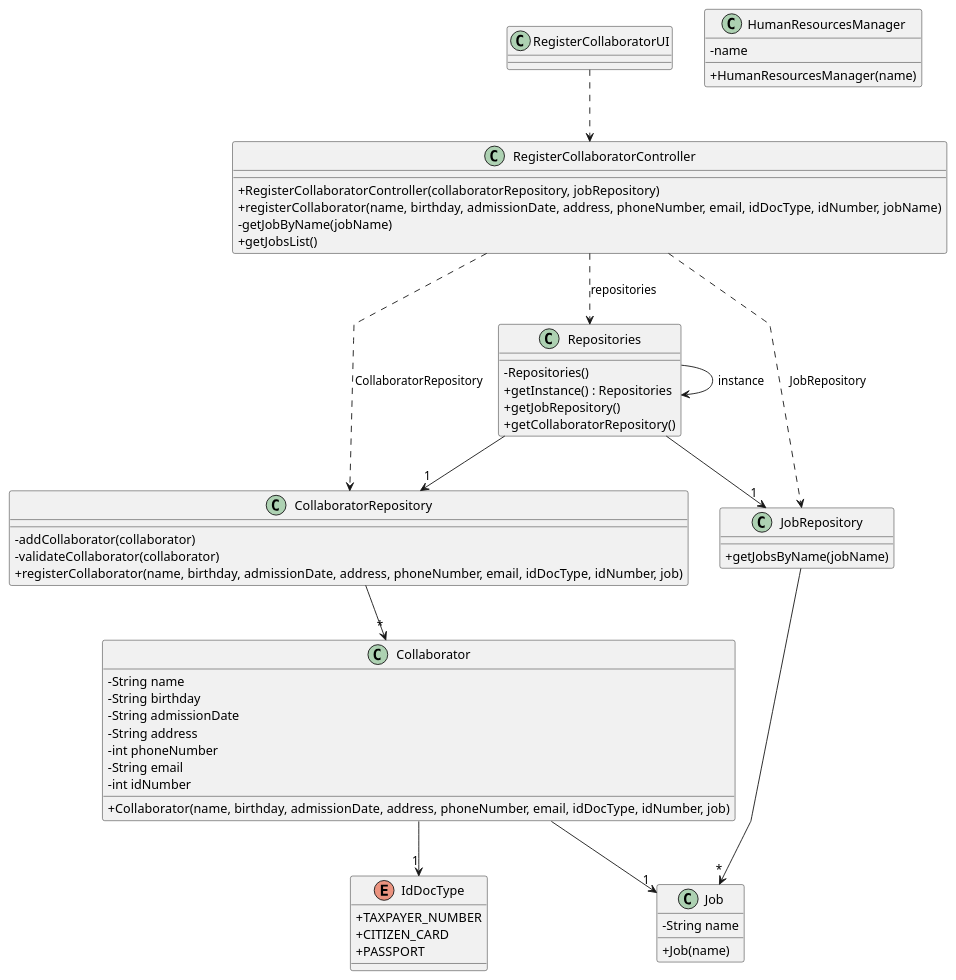
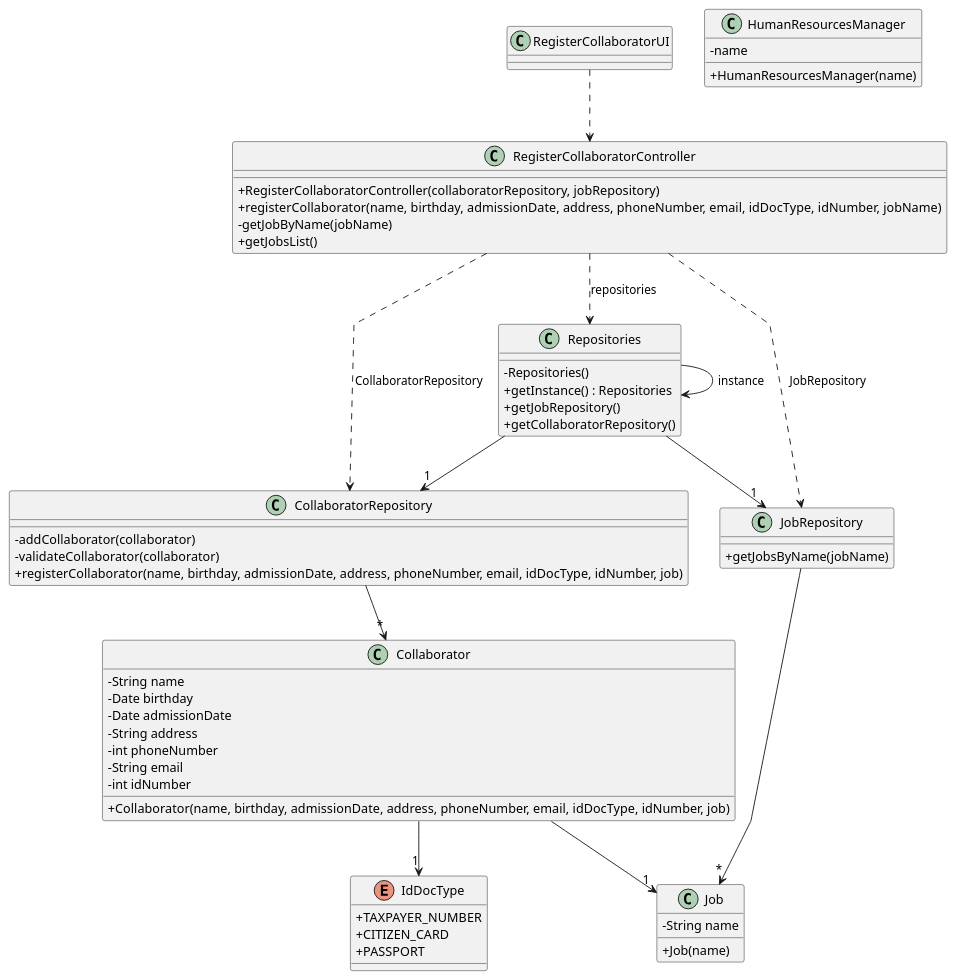
Before and after one commit to daniel41silva05/ISEP_2023_2024_LAPR2: the diagram in docs/sprintA&B/us003/03.design/puml/us003-class-diagram.puml, drawn with PlantUML. The commit also changed 12 other files, not shown here.

```diff
--- a/docs/sprintA&B/us003/03.design/puml/us003-class-diagram.puml
+++ b/docs/sprintA&B/us003/03.design/puml/us003-class-diagram.puml
@@ -1,78 +1,78 @@
 @startuml
 'skinparam monochrome true
 skinparam packageStyle rectangle
 skinparam shadowing false
 skinparam linetype polyline
 'skinparam linetype orto
 
 skinparam classAttributeIconSize 0
 
 'left to right direction
 
 class RegisterCollaboratorUI {
 }
 
 class RegisterCollaboratorController {
     +RegisterCollaboratorController(collaboratorRepository, jobRepository)
     +registerCollaborator(name, birthday, admissionDate, address, phoneNumber, email, idDocType, idNumber, jobName)
     -getJobByName(jobName)
     +getJobsList()
 }
 
 class CollaboratorRepository {
     -addCollaborator(collaborator)
     -validateCollaborator(collaborator)
     +registerCollaborator(name, birthday, admissionDate, address, phoneNumber, email, idDocType, idNumber, job)
 }
 
 class Collaborator {
     -String name
-    -String birthday
-    -String admissionDate
+    -Date birthday
+    -Date admissionDate
     -String address
     -int phoneNumber
     -String email
     -int idNumber
     +Collaborator(name, birthday, admissionDate, address, phoneNumber, email, idDocType, idNumber, job)
 }
 
 class JobRepository {
     +getJobsByName(jobName)
 }
 
 class Job {
     -String name
     +Job(name)
 }
 
 class HumanResourcesManager {
     - name
     +HumanResourcesManager(name)
 }
 
 class Repositories {
     - Repositories()
     + getInstance() : Repositories
     + getJobRepository()
     + getCollaboratorRepository()
 }
 
 enum IdDocType {
     + TAXPAYER_NUMBER
     + CITIZEN_CARD
     + PASSPORT
 }
 
 RegisterCollaboratorUI ..> RegisterCollaboratorController
 RegisterCollaboratorController ..> Repositories: repositories
 RegisterCollaboratorController ..> CollaboratorRepository: CollaboratorRepository
 RegisterCollaboratorController ..> JobRepository: JobRepository
 Repositories --> Repositories: instance
 Repositories --> "1" CollaboratorRepository
 Repositories --> "1" JobRepository
 CollaboratorRepository --> "*" Collaborator
 JobRepository --> "*" Job
 Collaborator --> "1" Job
 Collaborator --> "1" IdDocType
 
 @enduml
```
